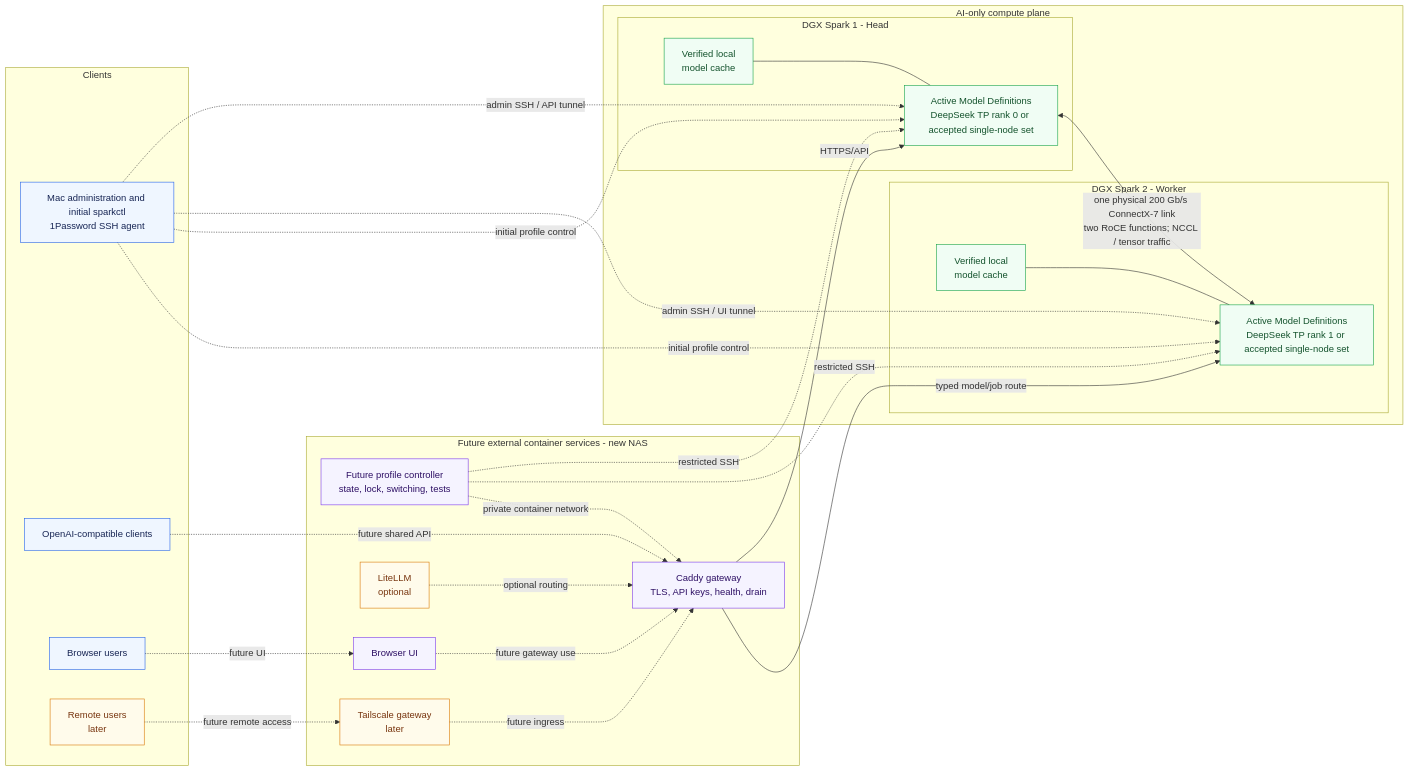
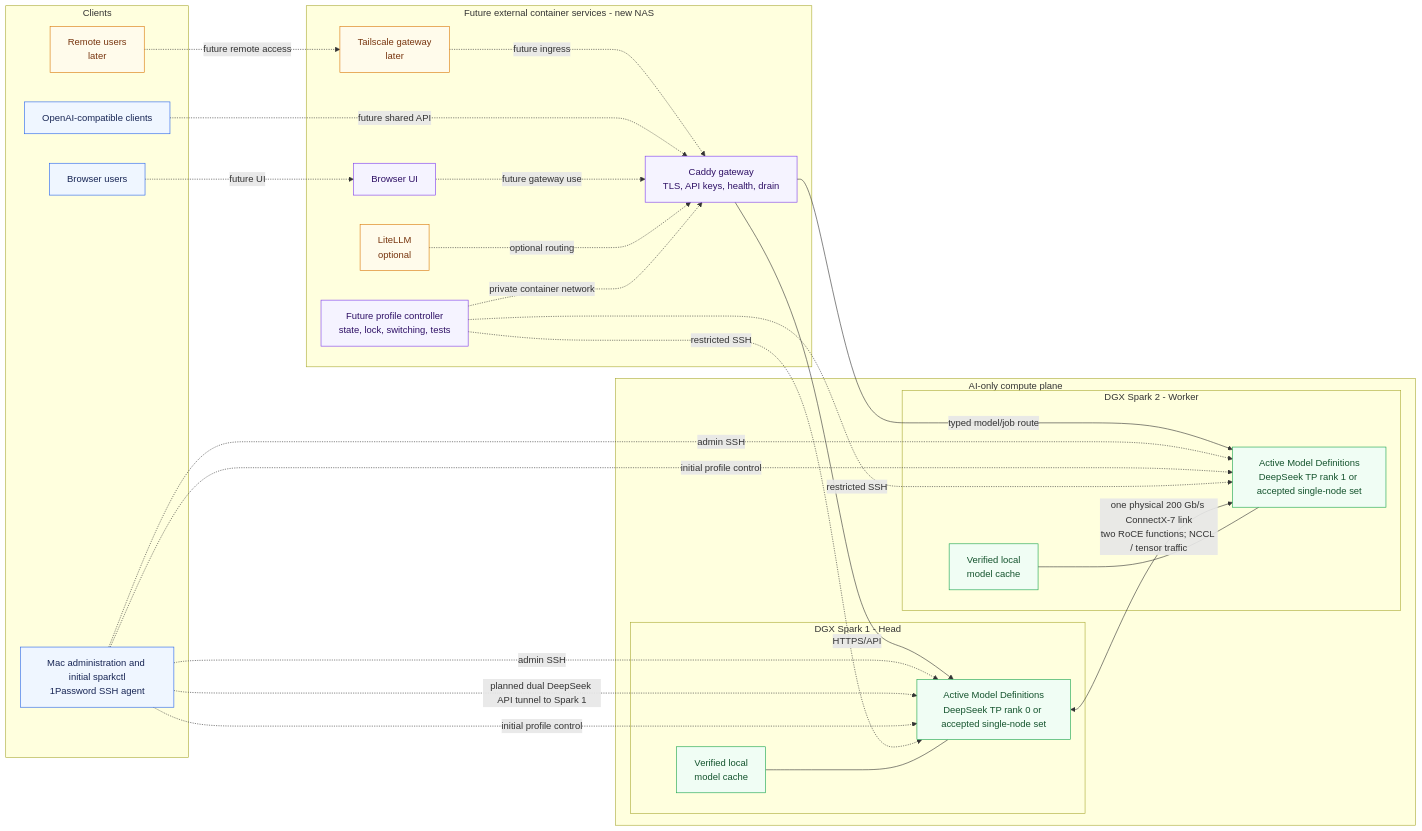
The first of 2 diagrams in docs/architecture-overview.md (CarstVaartjes/DGX-Forge), drawn with Mermaid before and after one commit. The commit also changed other lines of this file, not shown here.

Commit message:
docs: qualify initial inference architecture

````diff
--- a/docs/architecture-overview.md
+++ b/docs/architecture-overview.md
@@ -10,57 +12,58 @@
 ```mermaid
 flowchart LR
     subgraph clients[Clients]
         mac[Mac administration and initial sparkctl<br/>1Password SSH agent]
         api[OpenAI-compatible clients]
         browser[Browser users]
         remote[Remote users<br/>later]
     end
 
     subgraph external[Future external container services - new NAS]
         caddy[Caddy gateway<br/>TLS, API keys, health, drain]
         controller[Future profile controller<br/>state, lock, switching, tests]
         ui[Browser UI]
         litellm[LiteLLM<br/>optional]
         tailscale[Tailscale gateway<br/>later]
     end
 
     subgraph compute[AI-only compute plane]
         subgraph spark1[DGX Spark 1 - Head]
             head[Active Model Definitions<br/>DeepSeek TP rank 0 or accepted single-node set]
             cache1[Verified local<br/>model cache]
         end
         subgraph spark2[DGX Spark 2 - Worker]
             worker[Active Model Definitions<br/>DeepSeek TP rank 1 or accepted single-node set]
             cache2[Verified local<br/>model cache]
         end
     end
 
     remote -. future remote access .-> tailscale
     tailscale -. future ingress .-> caddy
     api -. future shared API .-> caddy
     browser -. future UI .-> ui
     ui -. future gateway use .-> caddy
     litellm -. optional routing .-> caddy
     caddy -->|HTTPS/API| head
     caddy -->|typed model/job route| worker
-    mac -. admin SSH / API tunnel .-> head
-    mac -. admin SSH / UI tunnel .-> worker
+    mac -. admin SSH .-> head
+    mac -. admin SSH .-> worker
+    mac -. planned dual DeepSeek API tunnel to Spark 1 .-> head
     mac -. initial profile control .-> head
     mac -. initial profile control .-> worker
     controller -. restricted SSH .-> head
     controller -. restricted SSH .-> worker
     controller -. private container network .-> caddy
     head <-->|one physical 200 Gb/s ConnectX-7 link<br/>two RoCE functions; NCCL / tensor traffic| worker
     cache1 --- head
     cache2 --- worker
 
     classDef client fill:#eff6ff,stroke:#2563eb,color:#172554;
     classDef control fill:#f5f3ff,stroke:#7c3aed,color:#2e1065;
     classDef ai fill:#f0fdf4,stroke:#16a34a,color:#14532d;
     classDef future fill:#fffbeb,stroke:#d97706,color:#78350f;
     class mac,api,browser client;
     class remote future;
     class caddy,controller,ui control;
     class litellm,tailscale future;
     class head,worker,cache1,cache2 ai;
 ```
````
